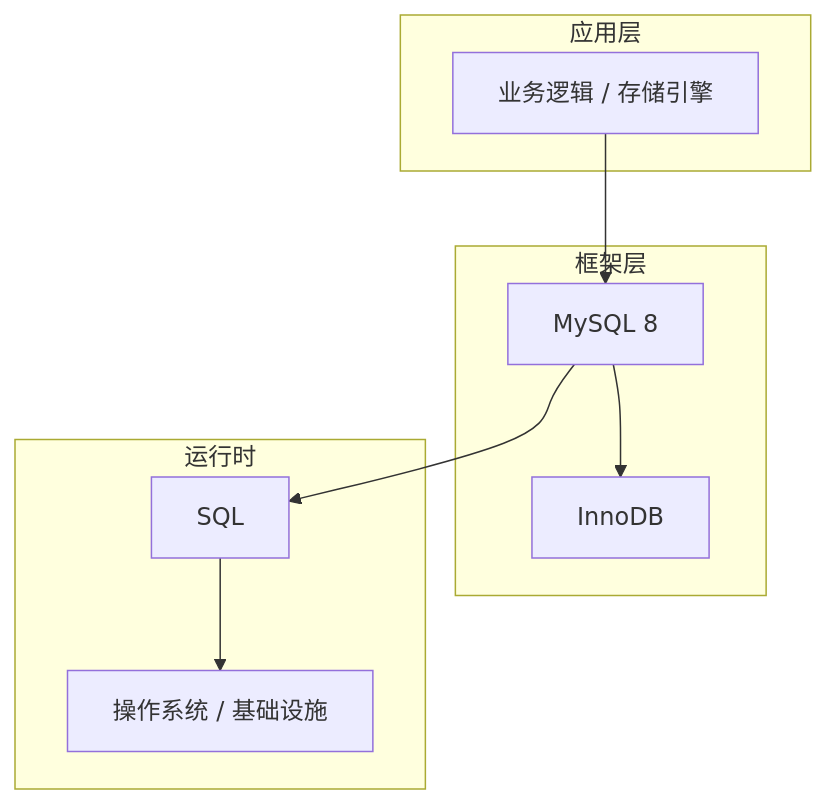
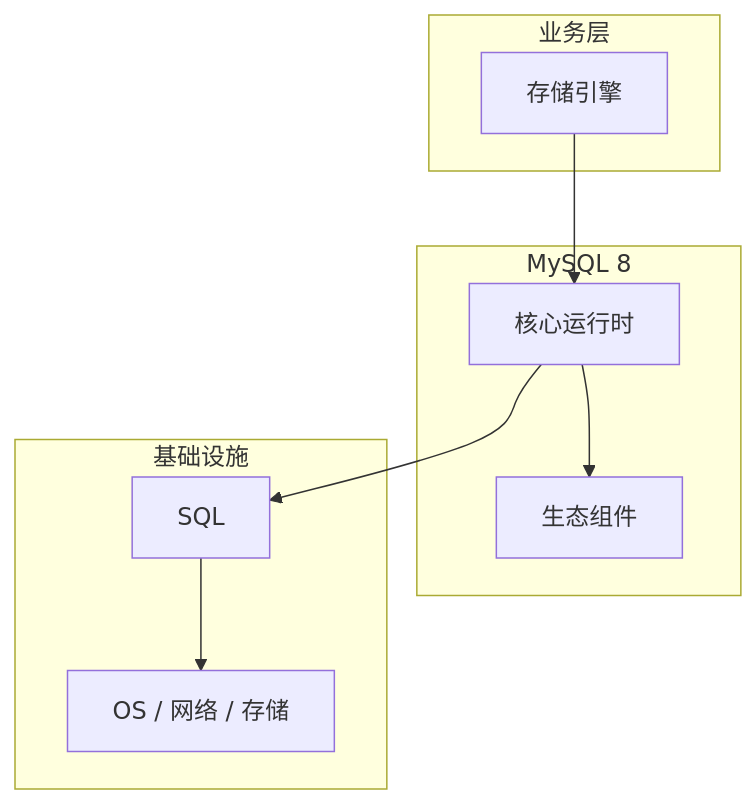
One commit to yanggan2015/knowledge-json-v2 changed the diagram in articles/MySQL/chapters/023-存储引擎核心概念与原理.md. Above: the diagram before and after it, drawn with Mermaid. The commit also changed other lines of this file and 10127 other files, not shown here.

````diff
--- a/articles/MySQL/chapters/023-存储引擎核心概念与原理.md
+++ b/articles/MySQL/chapters/023-存储引擎核心概念与原理.md
@@ -45,18 +34,18 @@
 ```mermaid
 graph TB
-    subgraph 应用层
-        A[业务逻辑 / 存储引擎]
+    subgraph 业务层
+        A[存储引擎]
     end
-    subgraph 框架层
-        B[MySQL 8]
-        C[InnoDB]
+    subgraph MySQL 8
+        B[核心运行时]
+        C[生态组件]
     end
-    subgraph 运行时
+    subgraph 基础设施
         D[SQL]
-        E[操作系统 / 基础设施]
+        E[OS / 网络 / 存储]
     end
     A --> B
     B --> C
     B --> D
     D --> E
 ```
````
